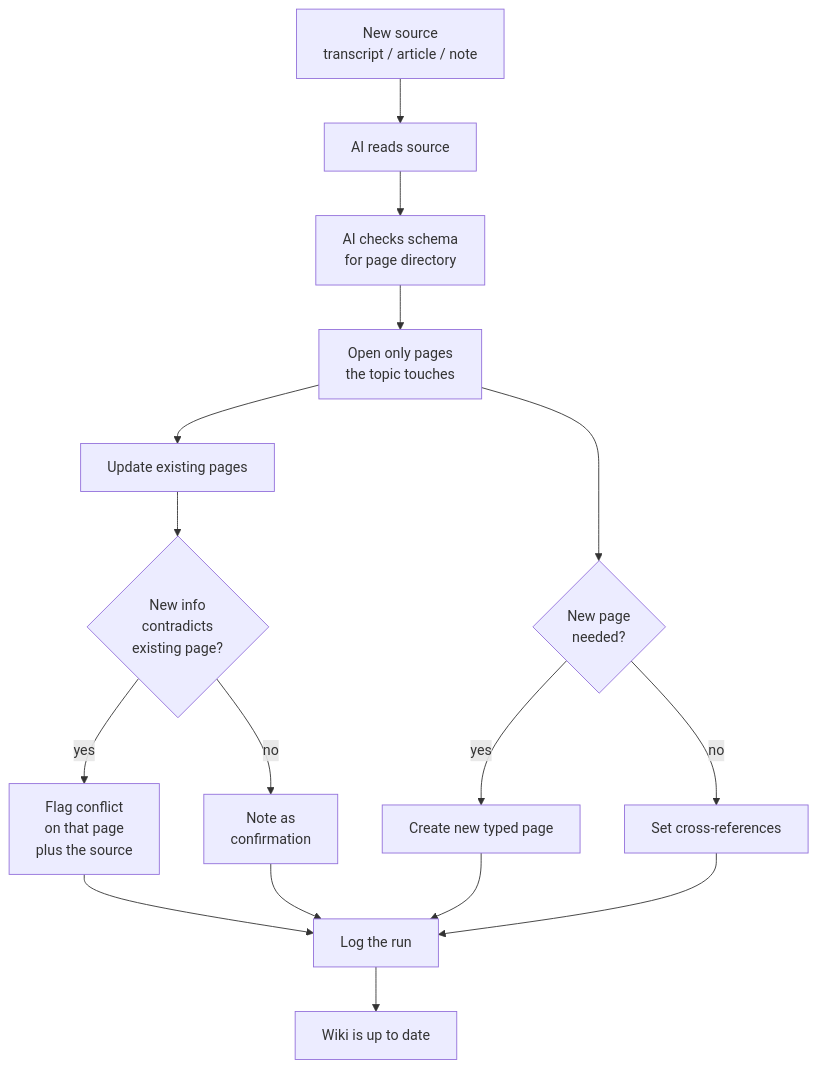
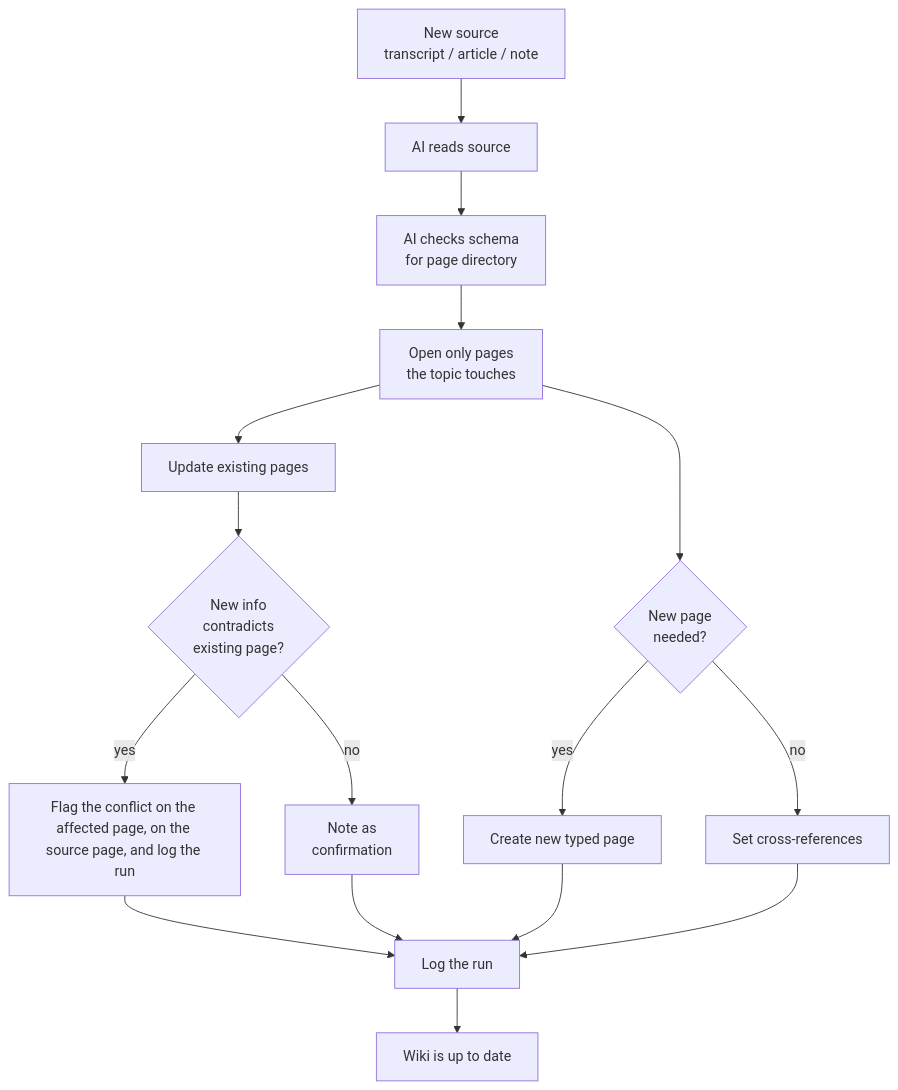
One commit to xdflatline/quartz changed the diagram in content/Concepts/ai-curated-knowledge-wiki.md. Above: the diagram before and after it, drawn with Mermaid. The commit also changed 2 other files, not shown here.

````diff
--- a/content/Concepts/ai-curated-knowledge-wiki.md
+++ b/content/Concepts/ai-curated-knowledge-wiki.md
@@ -47,18 +47,18 @@
 ```mermaid
 flowchart TD
     S[New source<br/>transcript / article / note] --> R[AI reads source]
     R --> D[AI checks schema<br/>for page directory]
     D --> F[Open only pages<br/>the topic touches]
     F --> U[Update existing pages]
     U --> C{New info<br/>contradicts<br/>existing page?}
-    C -- yes --> Flag[Flag conflict<br/>on that page<br/>plus the source]
+    C -- yes --> Flag[Flag the conflict on the affected page, on the source page, and log the run]
     C -- no --> Confirm[Note as<br/>confirmation]
     F --> N{New page<br/>needed?}
     N -- yes --> Create[Create new typed page]
     N -- no --> Refs[Set cross-references]
     Refs --> Log[Log the run]
     Flag --> Log
     Confirm --> Log
     Create --> Log
     Log --> Done[Wiki is up to date]
 ```
````
